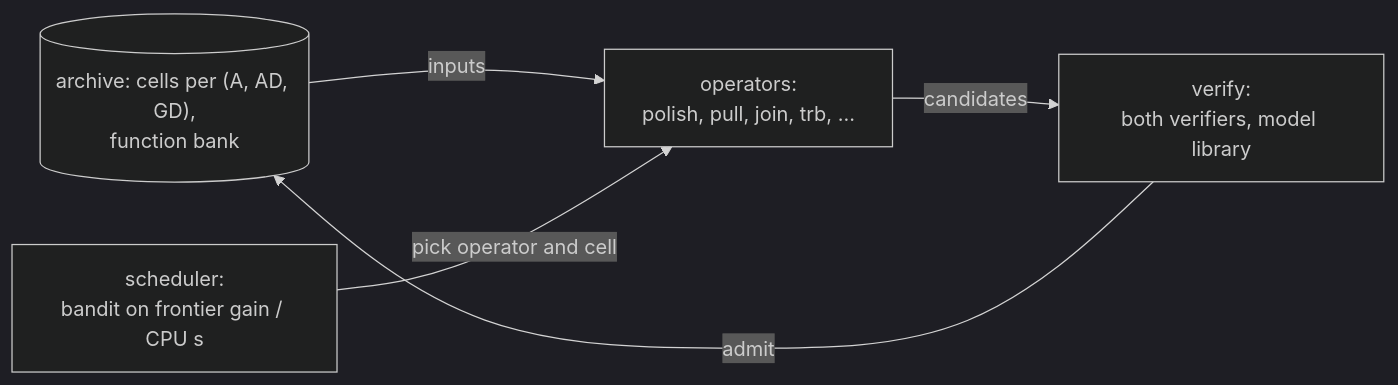
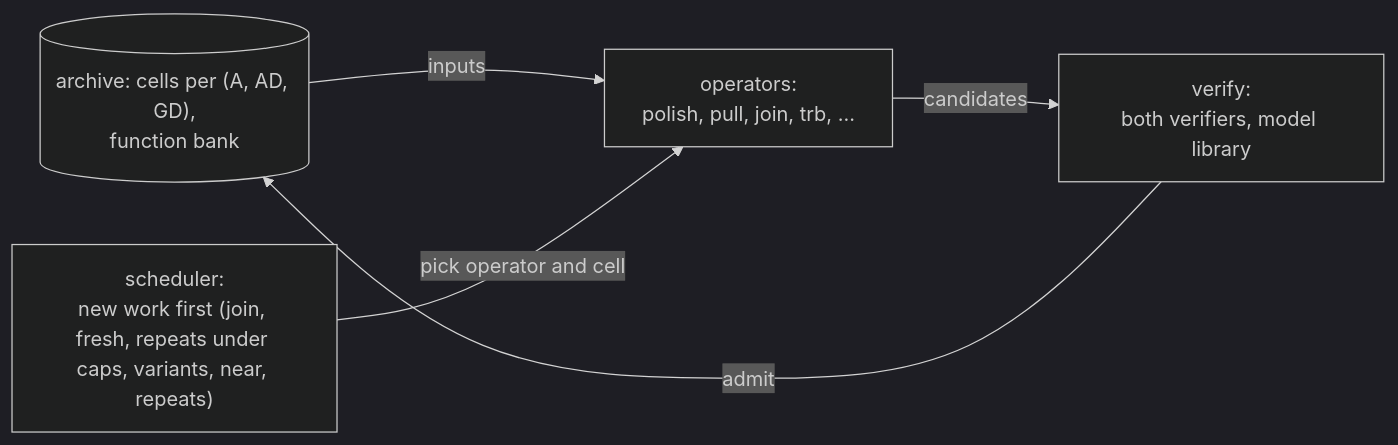
One commit to Joe-b-20/xor-circuit-research changed the second of 2 diagrams in search/nonlinear/HOW-IT-WORKS.md. Above: the diagram before and after it, drawn with Mermaid (dark theme). The commit also changed other lines of this file and 69 other files, not shown here.

````diff
--- a/search/nonlinear/HOW-IT-WORKS.md
+++ b/search/nonlinear/HOW-IT-WORKS.md
@@ -130,7 +141,7 @@
 ```mermaid
 flowchart LR
     A[("archive: cells per (A, AD, GD),<br/>function bank")] -- "inputs" --> O["operators:<br/>polish, pull, join, trb, ..."]
     O -- "candidates" --> V["verify:<br/>both verifiers, model library"]
     V -- "admit" --> A
-    S["scheduler:<br/>bandit on frontier gain / CPU s"] -- "pick operator and cell" --> O
+    S["scheduler:<br/>new work first (join, fresh, repeats under caps, variants, near, repeats)"] -- "pick operator and cell" --> O
 ```
````
